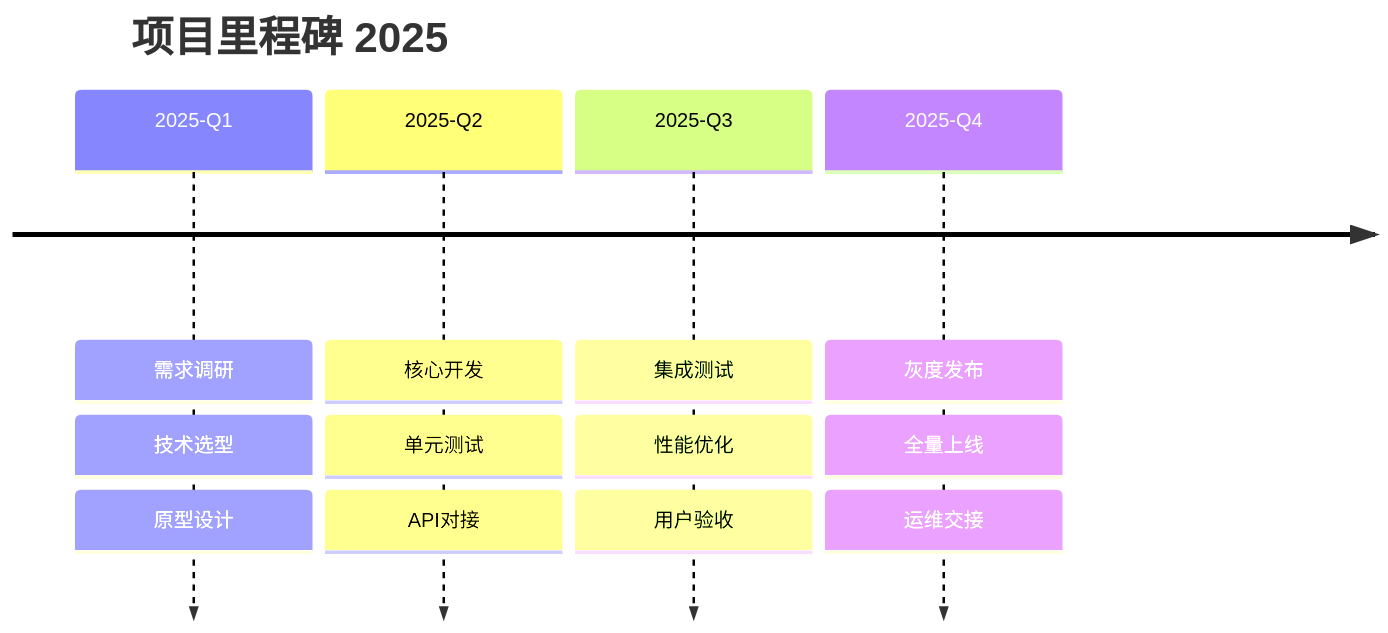
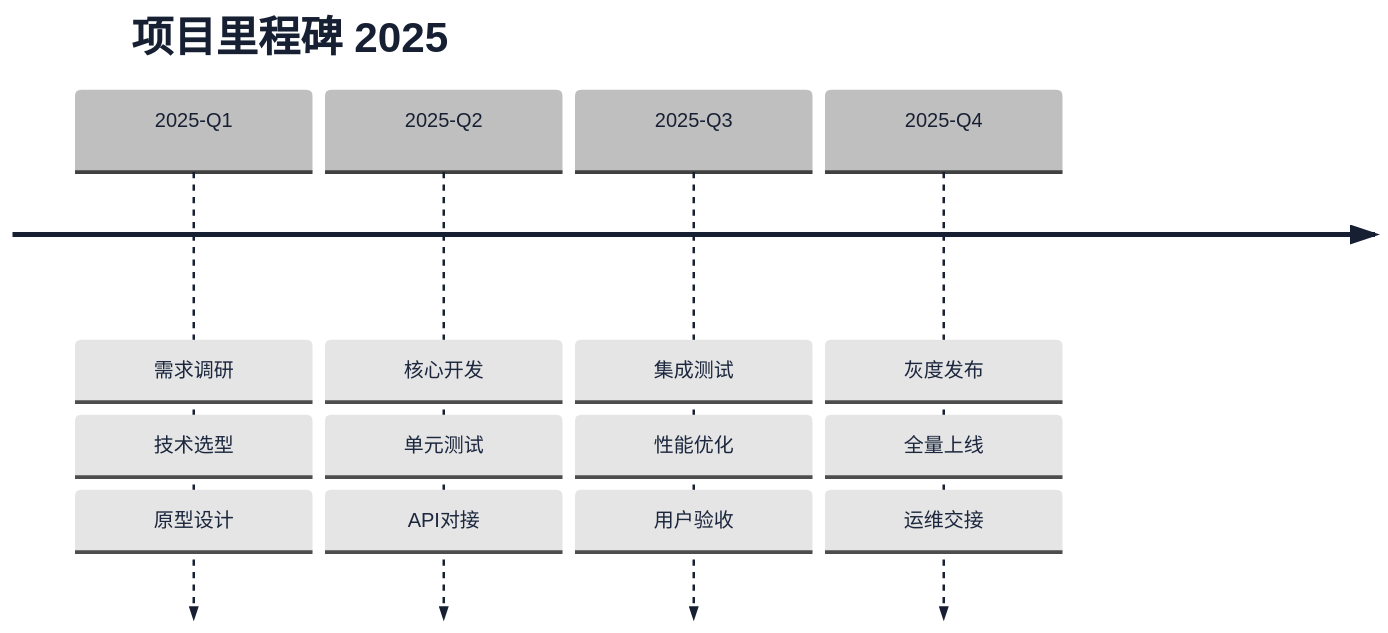
The diagram in .opencode/skills/mermaid-gen/examples/timeline.md (BeWaterMyFriend7/SKILL-PROJECT), drawn with Mermaid before and after one commit. The commit also changed 140 other files, not shown here.

First line of the commit message:
feat: 优化图形 skills 稳定性与视觉规范

````diff
--- a/.opencode/skills/mermaid-gen/examples/timeline.md
+++ b/.opencode/skills/mermaid-gen/examples/timeline.md
@@ -5,8 +5,9 @@
 ```mermaid
+%%{init: {"theme":"base","themeVariables":{"fontFamily":"Inter, Noto Sans SC, Microsoft YaHei, sans-serif","primaryColor":"#FFFFFF","primaryBorderColor":"#2563EB","primaryTextColor":"#172033","lineColor":"#64748B","background":"#F6F8FB"}}}%%
 timeline
     title 项目里程碑 2025
     2025-Q1 : 需求调研 : 技术选型 : 原型设计
     2025-Q2 : 核心开发 : 单元测试 : API对接
     2025-Q3 : 集成测试 : 性能优化 : 用户验收
     2025-Q4 : 灰度发布 : 全量上线 : 运维交接
 ```
````
